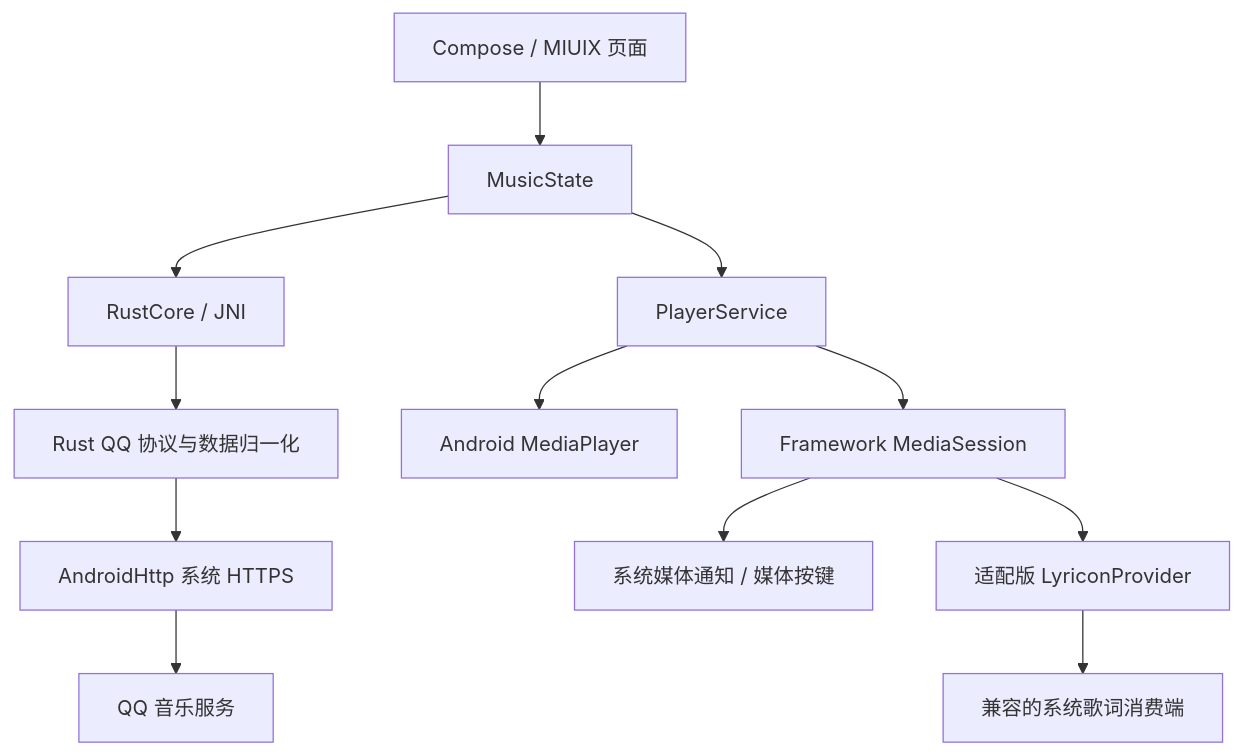
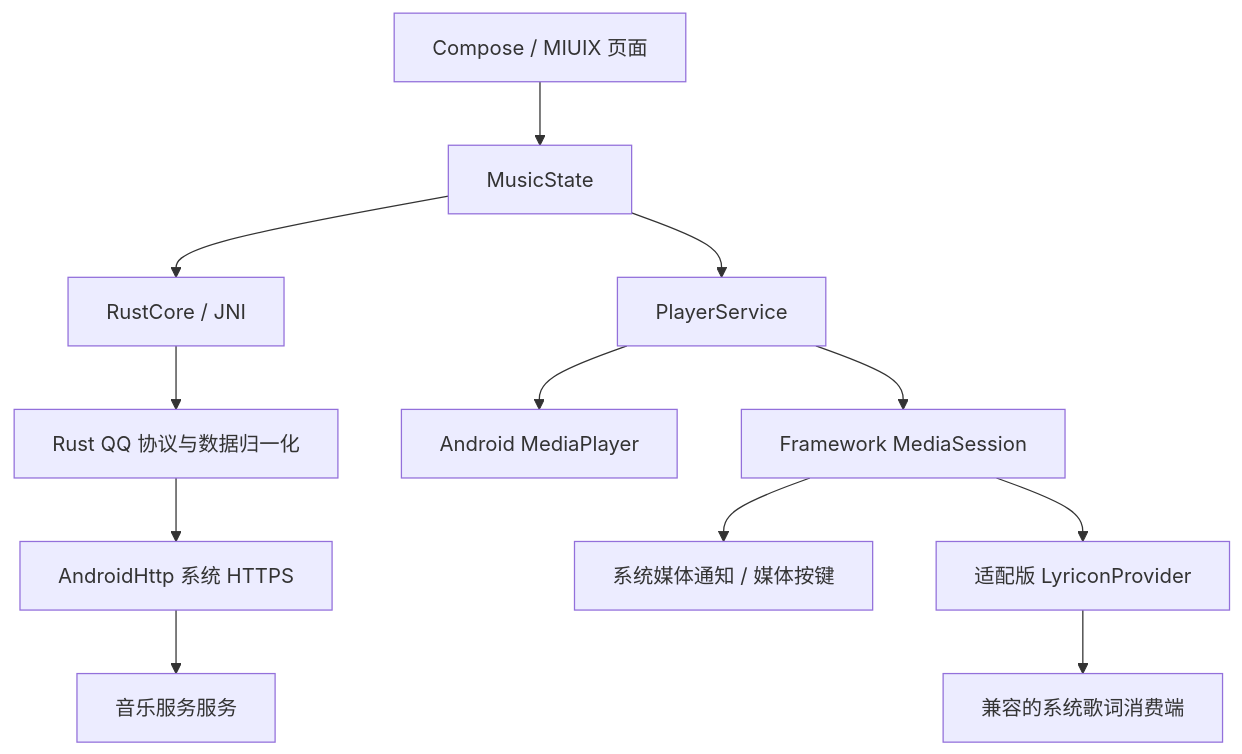
The diagram in docs/ARCHITECTURE.md (Memories-white/Auralis), drawn with Mermaid before and after one commit. The commit also changed other lines of this file and 18 other files, not shown here.

````diff
--- a/docs/ARCHITECTURE.md
+++ b/docs/ARCHITECTURE.md
@@ -7,14 +7,14 @@
 ```mermaid
 flowchart TD
     UI[Compose / MIUIX 页面] --> State[MusicState]
     State --> JNI[RustCore / JNI]
     JNI --> Core[Rust QQ 协议与数据归一化]
     Core --> HTTP[AndroidHttp 系统 HTTPS]
-    HTTP --> QQ[QQ 音乐服务]
+    HTTP --> QQ[音乐服务服务]
     State --> Service[PlayerService]
     Service --> Player[Android MediaPlayer]
     Service --> Session[Framework MediaSession]
     Session --> System[系统媒体通知 / 媒体按键]
     Session --> Provider[适配版 LyriconProvider]
     Provider --> Consumer[兼容的系统歌词消费端]
 ```
````
